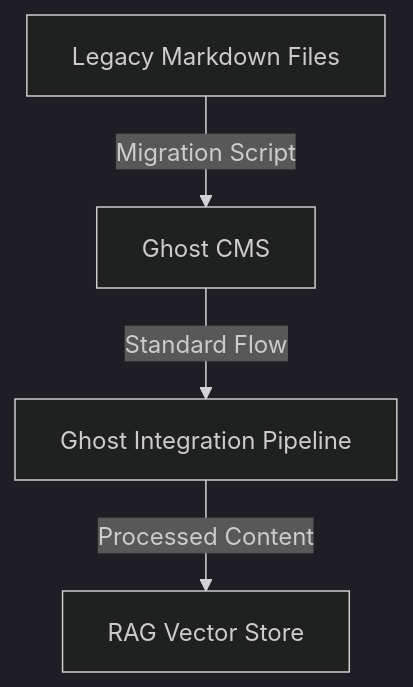
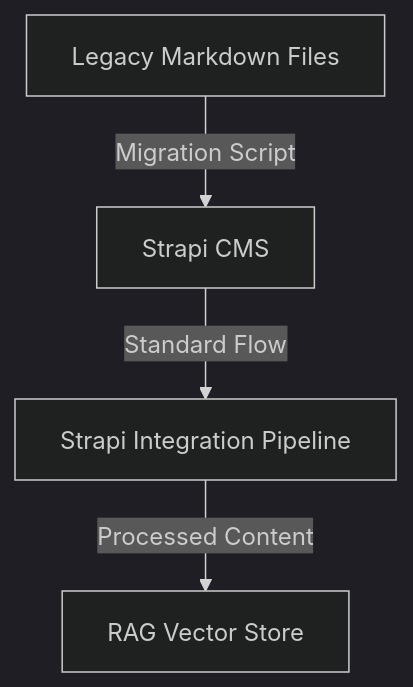
One commit to IndigoNakamoto/Litecoin-Knowledge-Hub changed the second of 2 diagrams in cline_docs/codebaseSummary.md. Above: the diagram before and after it, drawn with Mermaid (dark theme). The commit also changed other lines of this file and 21 other files, not shown here.

First line of the commit message:
feat(cms): Pivot from Ghost to Strapi for content management

````diff
--- a/cline_docs/codebaseSummary.md
+++ b/cline_docs/codebaseSummary.md
@@ -98,6 +94,6 @@
 ```mermaid
 graph TD
-    A[Legacy Markdown Files] -->|Migration Script| B[Ghost CMS]
-    B -->|Standard Flow| C[Ghost Integration Pipeline]
+    A[Legacy Markdown Files] -->|Migration Script| B[Strapi CMS]
+    B -->|Standard Flow| C[Strapi Integration Pipeline]
     C -->|Processed Content| D[RAG Vector Store]
 ```
````
